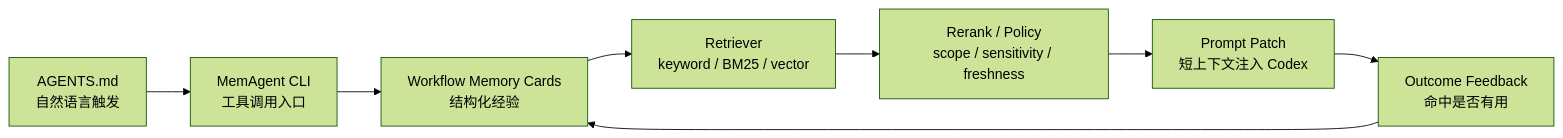
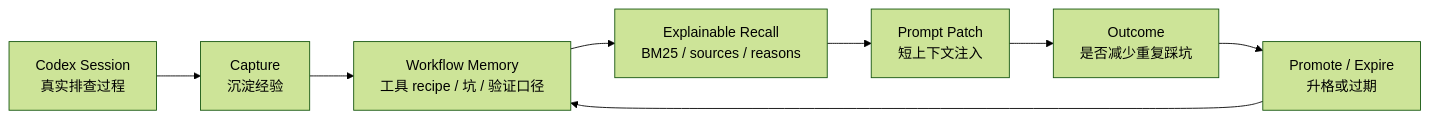
One commit to liuw55804-sys/MemAgent changed the diagram in docs/competitive-scan.md. Above: the diagram before and after it, drawn with Mermaid (forest theme). The commit also changed other lines of this file and 4 other files, not shown here.

````diff
--- a/docs/competitive-scan.md
+++ b/docs/competitive-scan.md
@@ -42,10 +17,10 @@
 ```mermaid
 flowchart LR
-  A["AGENTS.md<br>自然语言触发"] --> B["MemAgent CLI<br>工具调用入口"]
-  B --> C["Workflow Memory Cards<br>结构化经验"]
-  C --> D["Retriever<br>keyword / BM25 / vector"]
-  D --> E["Rerank / Policy<br>scope / sensitivity / freshness"]
-  E --> F["Prompt Patch<br>短上下文注入 Codex"]
-  F --> G["Outcome Feedback<br>命中是否有用"]
+  A["Codex Session<br>真实排查过程"] --> B["Capture<br>沉淀经验"]
+  B --> C["Workflow Memory<br>工具 recipe / 坑 / 验证口径"]
+  C --> D["Explainable Recall<br>BM25 / sources / reasons"]
+  D --> E["Prompt Patch<br>短上下文注入"]
+  E --> F["Outcome<br>是否减少重复踩坑"]
+  F --> G["Promote / Expire<br>升格或过期"]
   G --> C
 ```
````
